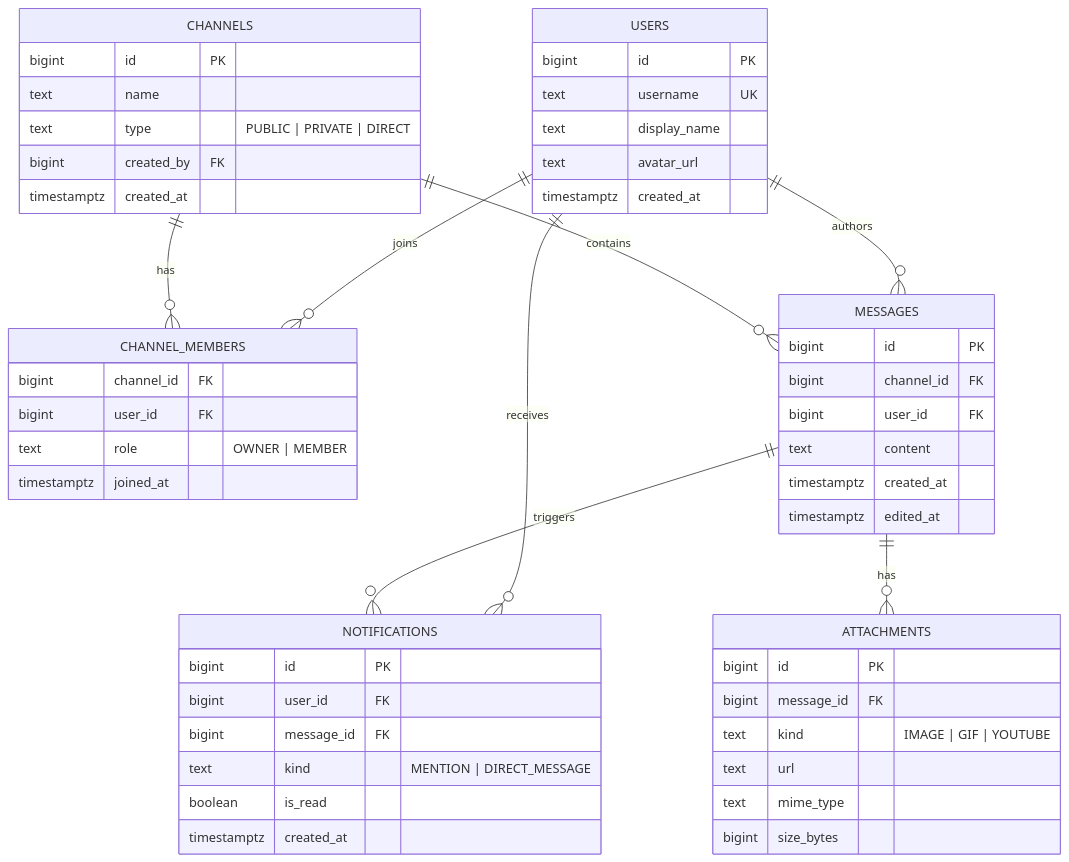
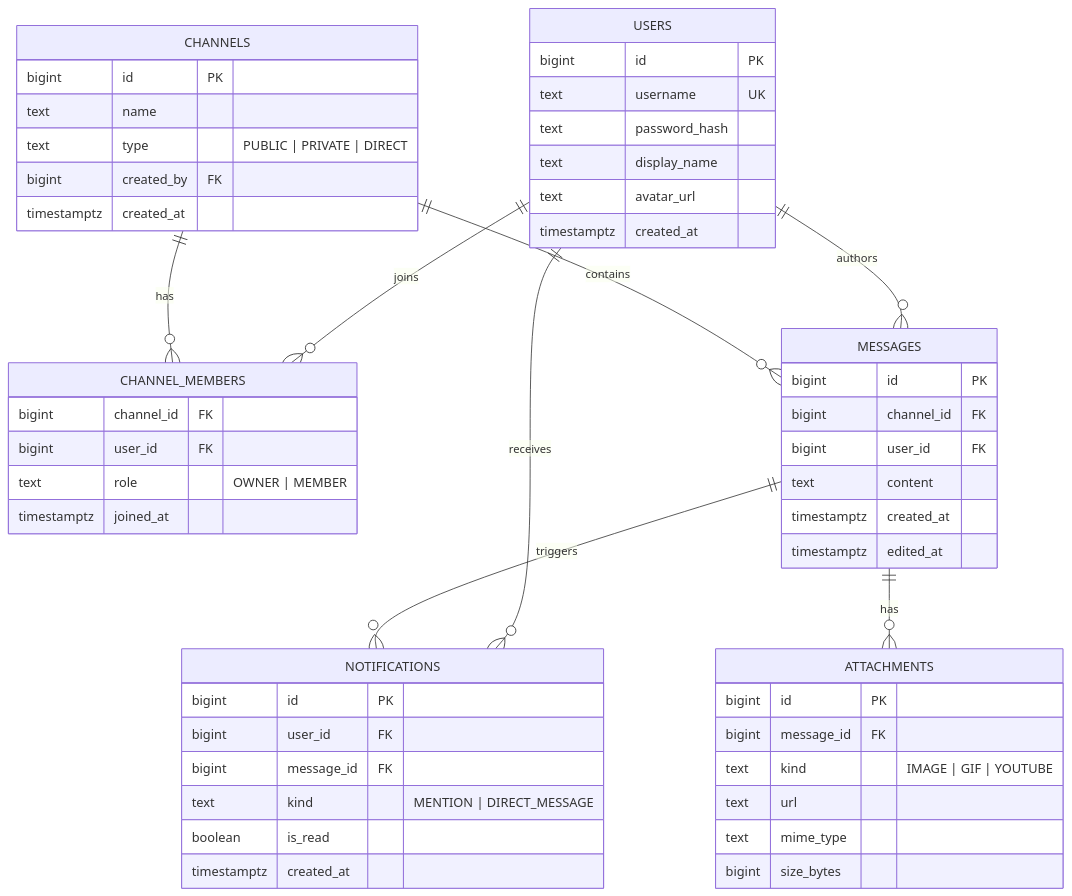
Before and after one commit to diegopacheco/java-pocs: the second of 4 diagrams in pocs/java-25-slack-clone/design-doc.md, drawn with Mermaid. The commit also changed other lines of this file, not shown here.

````diff
--- a/pocs/java-25-slack-clone/design-doc.md
+++ b/pocs/java-25-slack-clone/design-doc.md
@@ -94,55 +94,56 @@
 ```mermaid
 erDiagram
   USERS ||--o{ CHANNEL_MEMBERS : joins
   USERS ||--o{ MESSAGES : authors
   USERS ||--o{ NOTIFICATIONS : receives
   CHANNELS ||--o{ CHANNEL_MEMBERS : has
   CHANNELS ||--o{ MESSAGES : contains
   MESSAGES ||--o{ ATTACHMENTS : has
   MESSAGES ||--o{ NOTIFICATIONS : triggers
 
   USERS {
     bigint id PK
     text username UK
+    text password_hash
     text display_name
     text avatar_url
     timestamptz created_at
   }
   CHANNELS {
     bigint id PK
     text name
     text type "PUBLIC | PRIVATE | DIRECT"
     bigint created_by FK
     timestamptz created_at
   }
   CHANNEL_MEMBERS {
     bigint channel_id FK
     bigint user_id FK
     text role "OWNER | MEMBER"
     timestamptz joined_at
   }
   MESSAGES {
     bigint id PK
     bigint channel_id FK
     bigint user_id FK
     text content
     timestamptz created_at
     timestamptz edited_at
   }
   ATTACHMENTS {
     bigint id PK
     bigint message_id FK
     text kind "IMAGE | GIF | YOUTUBE"
     text url
     text mime_type
     bigint size_bytes
   }
   NOTIFICATIONS {
     bigint id PK
     bigint user_id FK
     bigint message_id FK
     text kind "MENTION | DIRECT_MESSAGE"
     boolean is_read
     timestamptz created_at
   }
 ```
````
